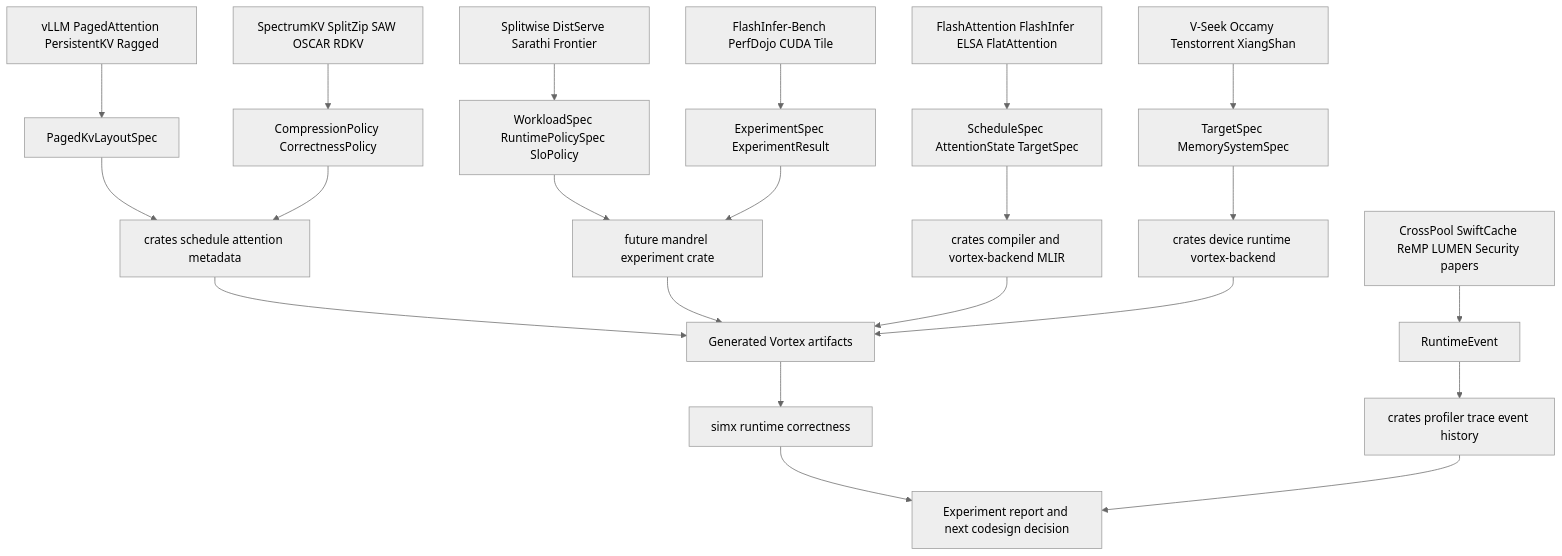
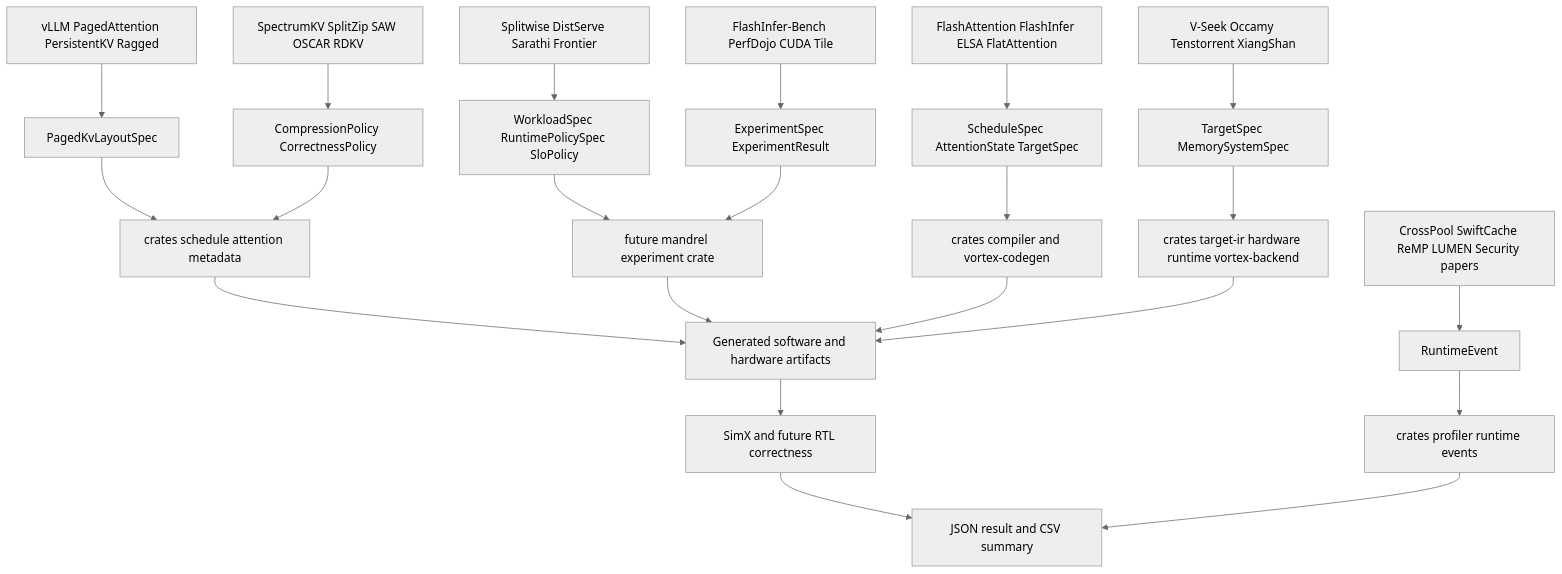
The third of 6 diagrams in docs/llm-serving-kv-attention-survey.md (devillove084/Mandrel), drawn with Mermaid (neutral theme) before and after one commit. The commit also changed other lines of this file and 74 other files, not shown here.

````diff
--- a/docs/llm-serving-kv-attention-survey.md
+++ b/docs/llm-serving-kv-attention-survey.md
@@ -682,26 +681,26 @@
 ```mermaid
 flowchart TD
     A[vLLM PagedAttention PersistentKV Ragged] --> B[PagedKvLayoutSpec]
     C[Splitwise DistServe Sarathi Frontier] --> D[WorkloadSpec RuntimePolicySpec SloPolicy]
     E[FlashAttention FlashInfer ELSA FlatAttention] --> F[ScheduleSpec AttentionState TargetSpec]
     G[SpectrumKV SplitZip SAW OSCAR RDKV] --> H[CompressionPolicy CorrectnessPolicy]
     I[CrossPool SwiftCache ReMP LUMEN Security papers] --> J[RuntimeEvent]
     K[FlashInfer-Bench PerfDojo CUDA Tile] --> L[ExperimentSpec ExperimentResult]
     M[V-Seek Occamy Tenstorrent XiangShan] --> N[TargetSpec MemorySystemSpec]
 
     B --> O[crates schedule attention metadata]
     D --> P[future mandrel experiment crate]
-    F --> Q[crates compiler and vortex-backend MLIR]
+    F --> Q[crates compiler and vortex-codegen]
     H --> O
-    J --> R[crates profiler trace event history]
+    J --> R[crates profiler runtime events]
     L --> P
-    N --> S[crates device runtime vortex-backend]
+    N --> S[crates target-ir hardware runtime vortex-backend]
 
-    O --> T[Generated Vortex artifacts]
+    O --> T[Generated software and hardware artifacts]
     P --> T
     Q --> T
     S --> T
-    T --> U[simx runtime correctness]
-    U --> V[Experiment report and next codesign decision]
+    T --> U[SimX and future RTL correctness]
+    U --> V[JSON result and CSV summary]
     R --> V
 ```
````
